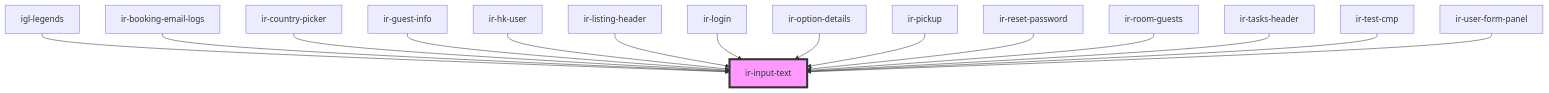
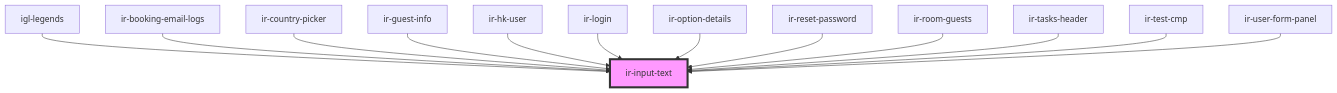
Before and after one commit to David1Chowaifaty/modified-ir-webcmp: the diagram in src/components/ui/ir-input-text/readme.md, drawn with Mermaid. The commit also changed other lines of this file and 69 other files, not shown here.

````diff
--- a/src/components/ui/ir-input-text/readme.md
+++ b/src/components/ui/ir-input-text/readme.md
@@ -122,18 +120,16 @@
 ```mermaid
 graph TD;
   igl-legends --> ir-input-text
   ir-booking-email-logs --> ir-input-text
   ir-country-picker --> ir-input-text
   ir-guest-info --> ir-input-text
   ir-hk-user --> ir-input-text
-  ir-listing-header --> ir-input-text
   ir-login --> ir-input-text
   ir-option-details --> ir-input-text
-  ir-pickup --> ir-input-text
   ir-reset-password --> ir-input-text
   ir-room-guests --> ir-input-text
   ir-tasks-header --> ir-input-text
   ir-test-cmp --> ir-input-text
   ir-user-form-panel --> ir-input-text
   style ir-input-text fill:#f9f,stroke:#333,stroke-width:4px
 ```
````
